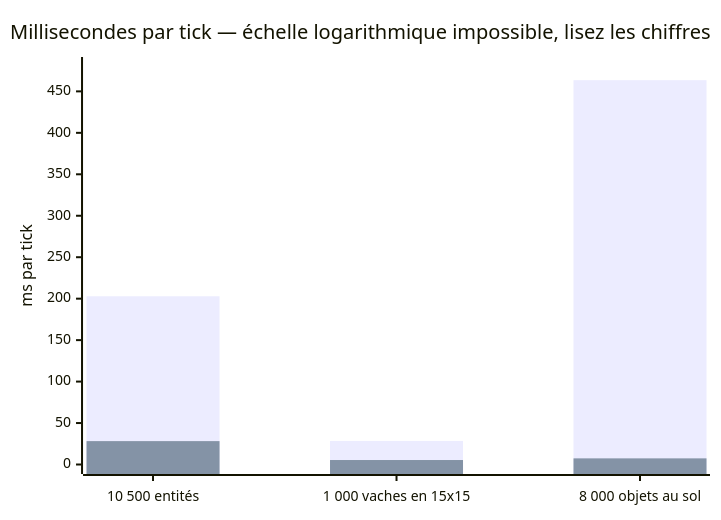
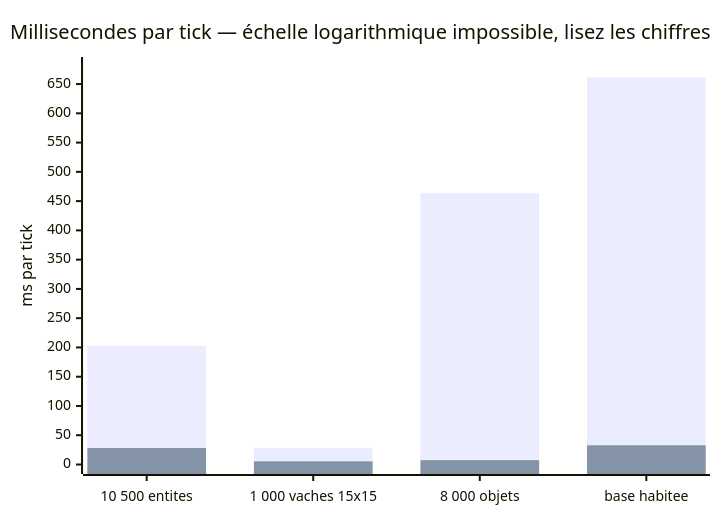
One commit to AstroQuestStudio/Lanterne changed the second of 7 diagrams in README.md. Above: the diagram before and after it, drawn with Mermaid. The commit also changed other lines of this file and 1 other file, not shown here.

First line of the commit message:
Charge mixte : une base habitée, x20,2

````diff
--- a/README.md
+++ b/README.md
@@ -51,8 +58,8 @@
 ```mermaid
 xychart-beta
     title "Millisecondes par tick — échelle logarithmique impossible, lisez les chiffres"
-    x-axis ["10 500 entités", "1 000 vaches en 15x15", "8 000 objets au sol"]
-    y-axis "ms par tick" 0 --> 480
-    bar [202.9, 28.4, 463.5]
-    bar [28.2, 5.4, 7.4]
+    x-axis ["10 500 entites", "1 000 vaches 15x15", "8 000 objets", "base habitee"]
+    y-axis "ms par tick" 0 --> 680
+    bar [202.9, 28.4, 463.5, 661.5]
+    bar [28.2, 5.4, 7.4, 32.8]
 ```
````
